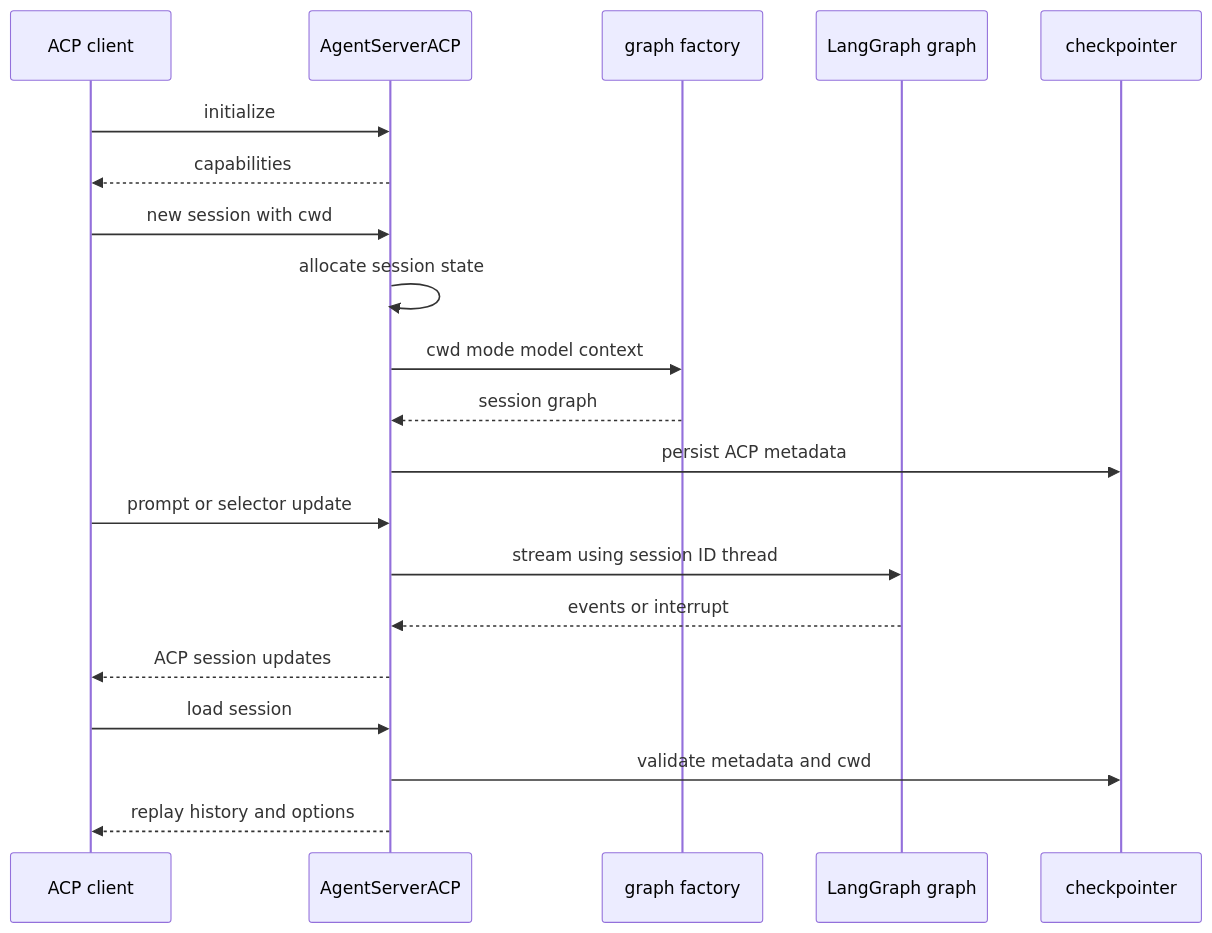
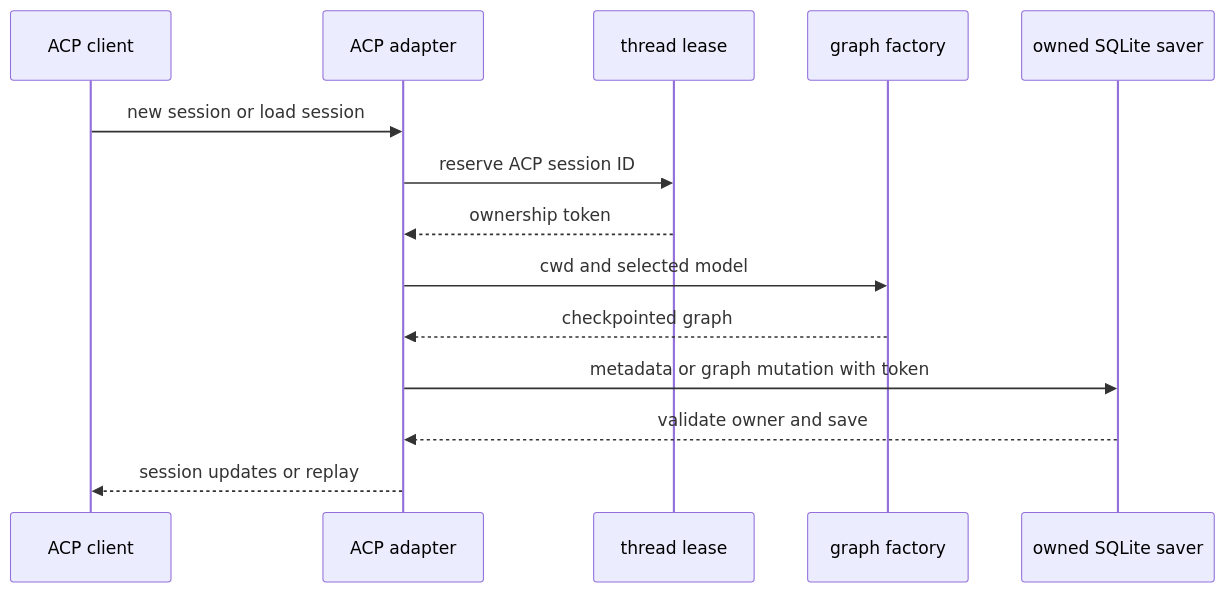
The second of 2 diagrams in openwiki/integrations/acp.md (langchain-ai/deepagents), drawn with Mermaid before and after one commit. The commit also changed other lines of this file and 35 other files, not shown here.

````diff
--- a/openwiki/integrations/acp.md
+++ b/openwiki/integrations/acp.md
@@ -54,22 +64,16 @@
 ```mermaid
 sequenceDiagram
     participant Client as ACP client
-    participant Bridge as AgentServerACP
+    participant Adapter as ACP adapter
+    participant Lease as thread lease
     participant Factory as graph factory
-    participant Graph as LangGraph graph
-    participant Store as checkpointer
-    Client->>Bridge: initialize
-    Bridge-->>Client: capabilities
-    Client->>Bridge: new session with cwd
-    Bridge->>Bridge: allocate session state
-    Bridge->>Factory: cwd mode model context
-    Factory-->>Bridge: session graph
-    Bridge->>Store: persist ACP metadata
-    Client->>Bridge: prompt or selector update
-    Bridge->>Graph: stream using session ID thread
-    Graph-->>Bridge: events or interrupt
-    Bridge-->>Client: ACP session updates
-    Client->>Bridge: load session
-    Bridge->>Store: validate metadata and cwd
-    Bridge-->>Client: replay history and options
+    participant Saver as owned SQLite saver
+    Client->>Adapter: new session or load session
+    Adapter->>Lease: reserve ACP session ID
+    Lease-->>Adapter: ownership token
+    Adapter->>Factory: cwd and selected model
+    Factory-->>Adapter: checkpointed graph
+    Adapter->>Saver: metadata or graph mutation with token
+    Saver-->>Adapter: validate owner and save
+    Adapter-->>Client: session updates or replay
 ```
````
